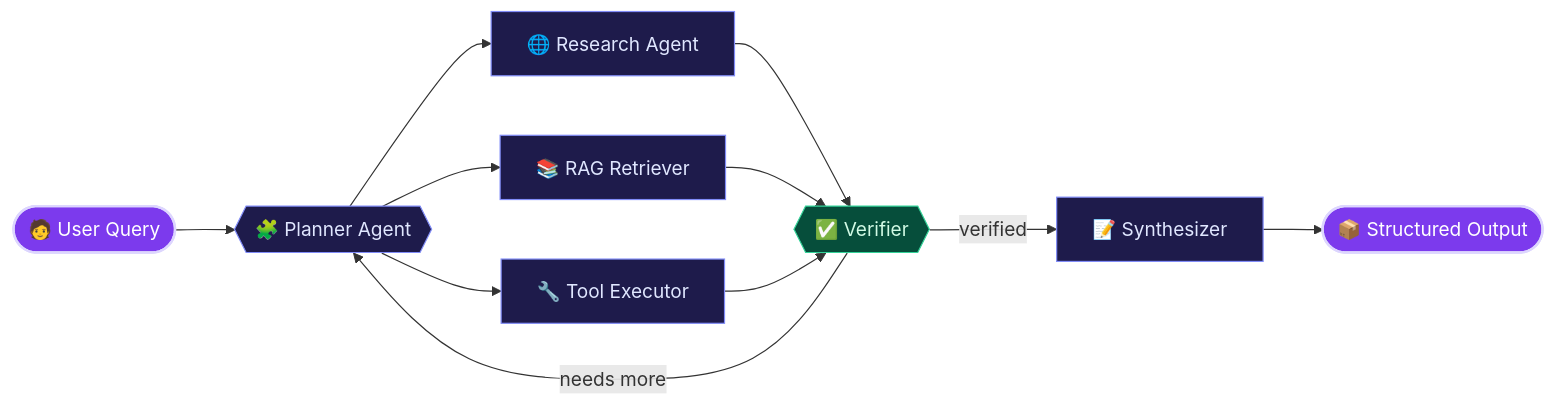
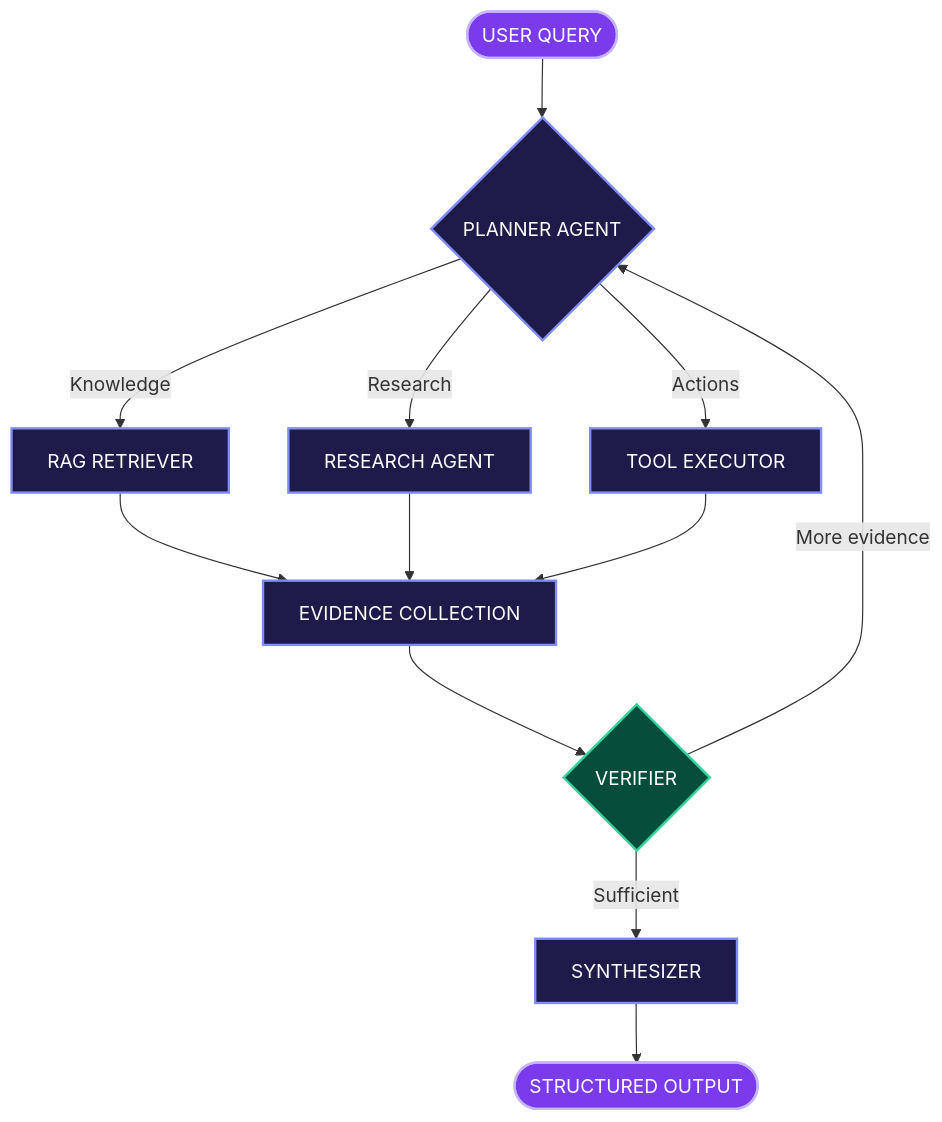
Before and after one commit to Subham999100/Subham999100: the diagram in README.md, drawn with Mermaid. The commit also changed other lines of this file, not shown here.

````diff
--- a/README.md
+++ b/README.md
@@ -48,20 +390,27 @@
 ```mermaid
-flowchart LR
-    Q([🧑 User Query]) --> P{{🧩 Planner Agent}}
-    P --> R[🌐 Research Agent]
-    P --> K[📚 RAG Retriever]
-    P --> T[🔧 Tool Executor]
-    R --> V{{✅ Verifier}}
-    K --> V
-    T --> V
-    V -->|needs more| P
-    V -->|verified| S[📝 Synthesizer]
-    S --> O([📦 Structured Output])
+flowchart TD
+    U(["USER QUERY"]) --> P{"PLANNER AGENT"}
 
-    classDef io fill:#7C3AED,stroke:#DDD6FE,color:#fff,stroke-width:2px
-    classDef agent fill:#1E1B4B,stroke:#818CF8,color:#E0E7FF
-    classDef check fill:#064E3B,stroke:#34D399,color:#D1FAE5
-    class Q,O io
-    class P,R,K,T,S agent
-    class V check
+    P -->|"Knowledge"| R["RAG RETRIEVER"]
+    P -->|"Research"| W["RESEARCH AGENT"]
+    P -->|"Actions"| T["TOOL EXECUTOR"]
+
+    R --> E["EVIDENCE COLLECTION"]
+    W --> E
+    T --> E
+
+    E --> V{"VERIFIER"}
+
+    V -->|"More evidence"| P
+    V -->|"Sufficient"| S["SYNTHESIZER"]
+
+    S --> O(["STRUCTURED OUTPUT"])
+
+    classDef input fill:#7C3AED,stroke:#C4B5FD,color:#FFFFFF,stroke-width:2px
+    classDef agent fill:#1E1B4B,stroke:#818CF8,color:#FFFFFF,stroke-width:2px
+    classDef verify fill:#064E3B,stroke:#34D399,color:#FFFFFF,stroke-width:2px
+
+    class U,O input
+    class P,R,W,T,E,S agent
+    class V verify
 ```
````
